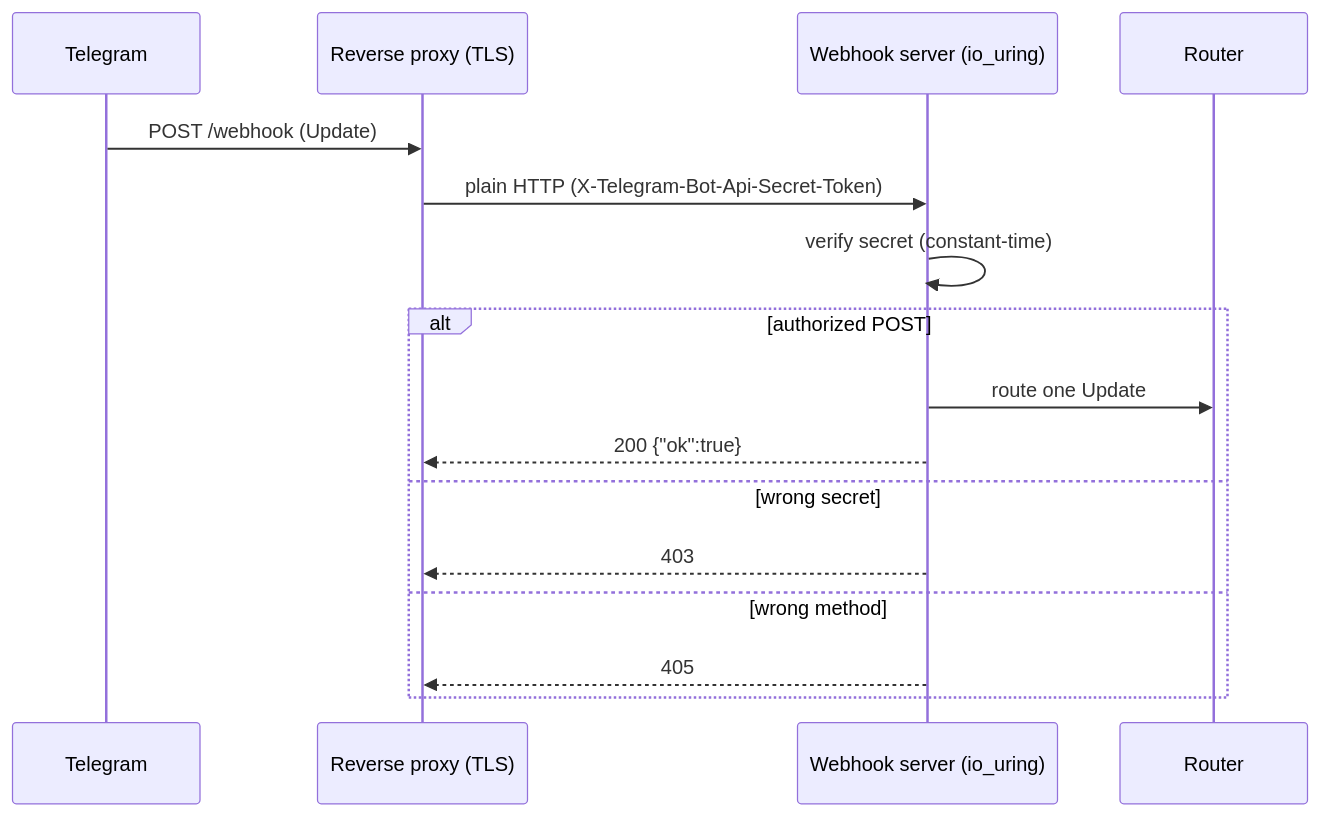
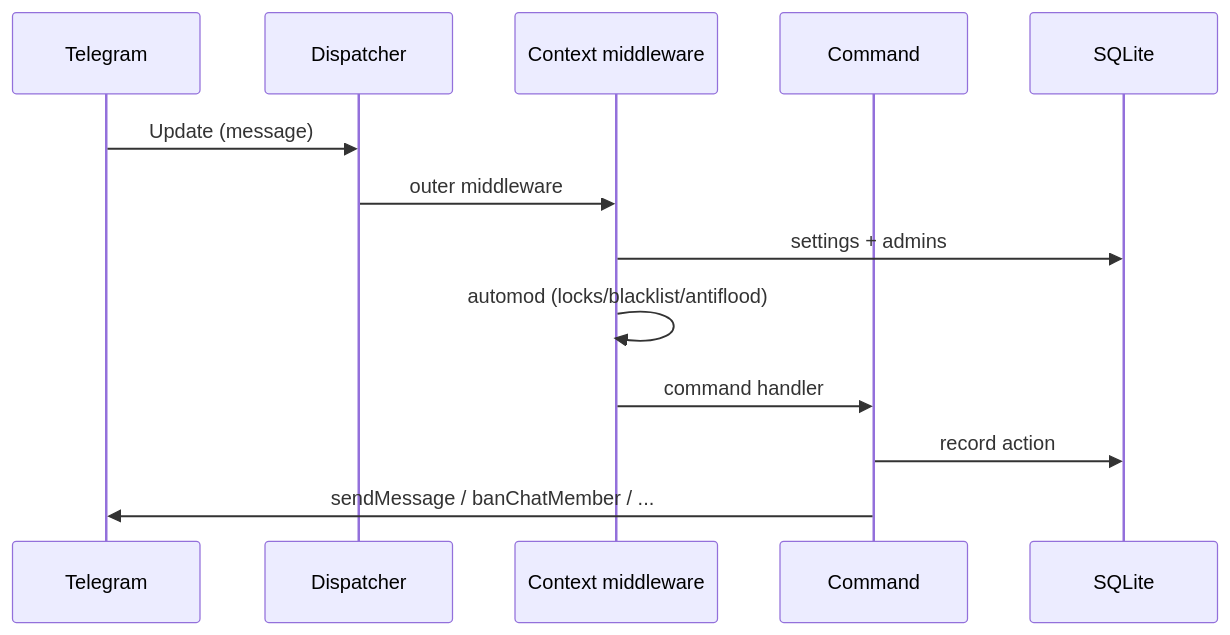
One commit to cuwayo/nacho-moderation changed the second of 2 diagrams in docs/architecture.md. Above: the diagram before and after it, drawn with Mermaid. The commit also changed other lines of this file and 295 other files, not shown here.

````diff
--- a/docs/architecture.md
+++ b/docs/architecture.md
@@ -217,18 +55,15 @@
 ```mermaid
 sequenceDiagram
     participant TG as Telegram
-    participant P as Reverse proxy (TLS)
-    participant W as Webhook server (io_uring)
-    participant R as Router
-    TG->>P: POST /webhook (Update)
-    P->>W: plain HTTP (X-Telegram-Bot-Api-Secret-Token)
-    W->>W: verify secret (constant-time)
-    alt authorized POST
-        W->>R: route one Update
-        W-->>P: 200 {"ok":true}
-    else wrong secret
-        W-->>P: 403
-    else wrong method
-        W-->>P: 405
-    end
+    participant DP as Dispatcher
+    participant MW as Context middleware
+    participant R as Command
+    participant DB as SQLite
+    TG->>DP: Update (message)
+    DP->>MW: outer middleware
+    MW->>DB: settings + admins
+    MW->>MW: automod (locks/blacklist/antiflood)
+    MW->>R: command handler
+    R->>DB: record action
+    R->>TG: sendMessage / banChatMember / ...
 ```
````
